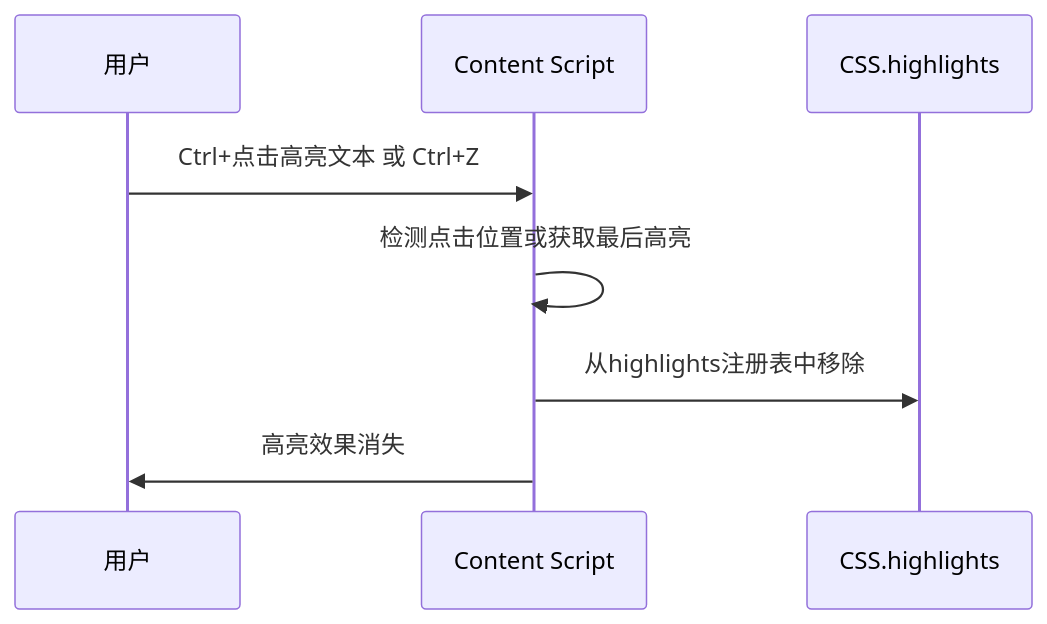
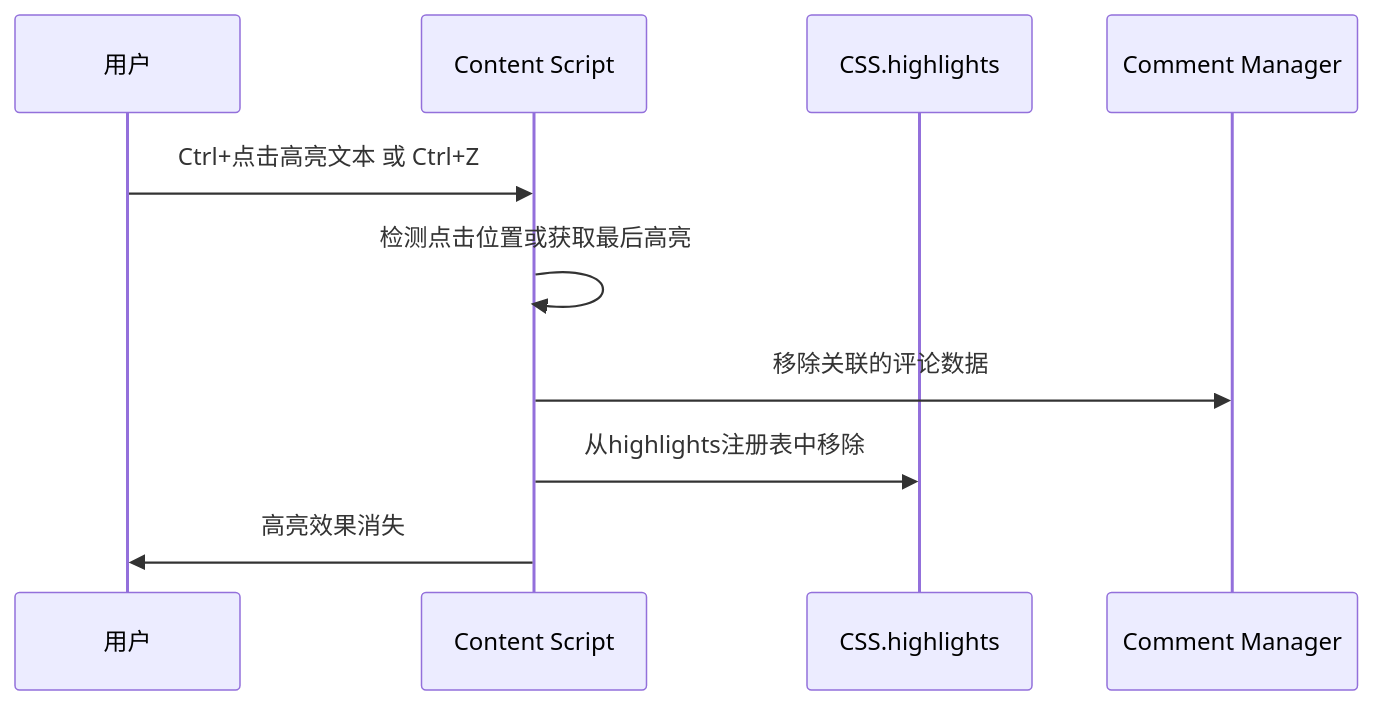
Before and after one commit to MarssZ/Highlight-by-Marss: the fourth of 6 diagrams in specs/ai-highlight-assistant/design.md, drawn with Mermaid. The commit also changed other lines of this file and 5 other files, not shown here.

````diff
--- a/specs/ai-highlight-assistant/design.md
+++ b/specs/ai-highlight-assistant/design.md
@@ -128,11 +172,13 @@
 ```mermaid
 sequenceDiagram
     participant U as 用户
     participant C as Content Script
     participant H as CSS.highlights
+    participant CM as Comment Manager
     
     U->>C: Ctrl+点击高亮文本 或 Ctrl+Z
     C->>C: 检测点击位置或获取最后高亮
+    C->>CM: 移除关联的评论数据
     C->>H: 从highlights注册表中移除
     C->>U: 高亮效果消失
 ```
````
